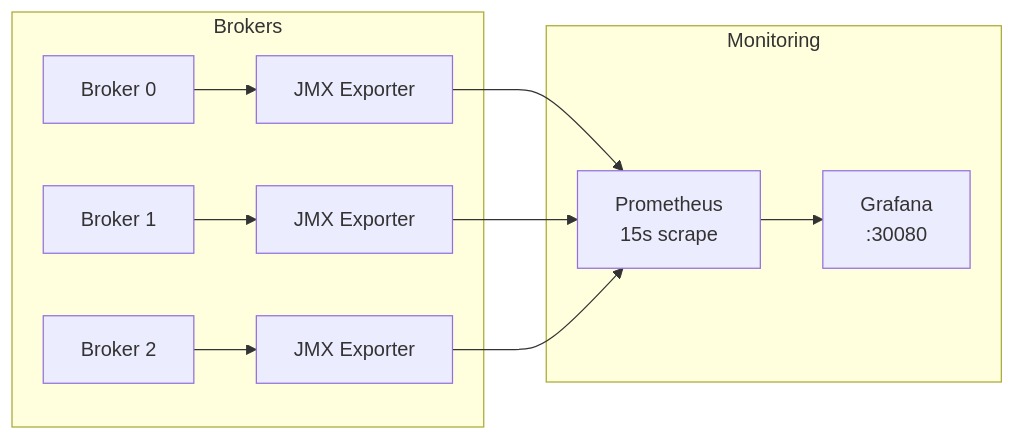
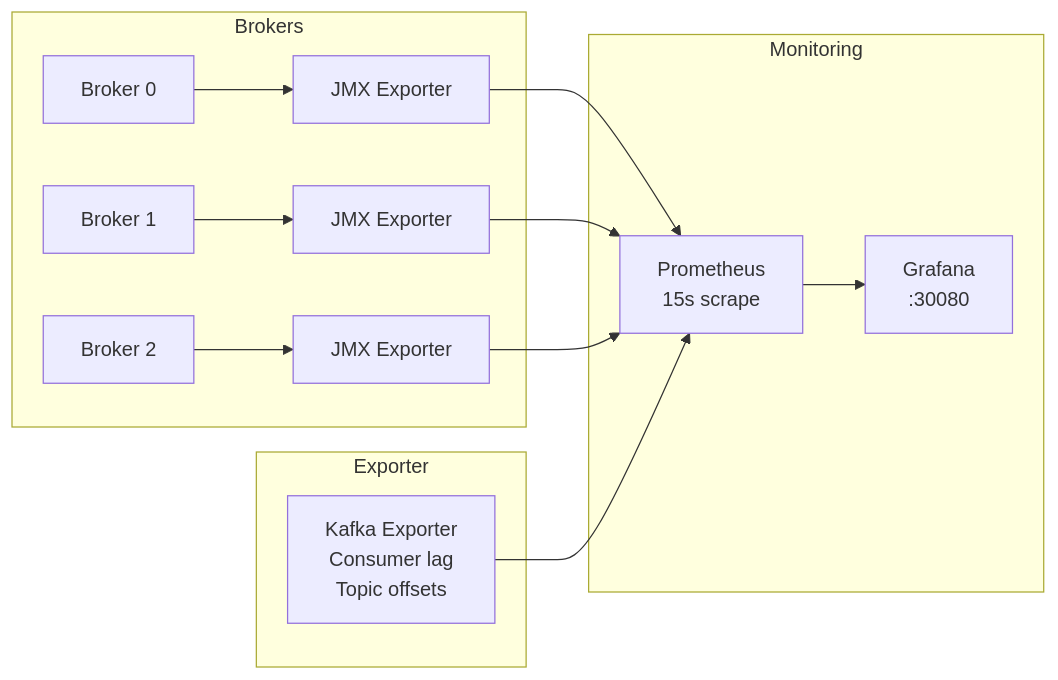
One commit to actions-marketplace-validations/bmscomp_kates changed the third of 3 diagrams in docs/book/03-cluster.md. Above: the diagram before and after it, drawn with Mermaid. The commit also changed other lines of this file and 9 other files, not shown here.

````diff
--- a/docs/book/03-cluster.md
+++ b/docs/book/03-cluster.md
@@ -100,15 +129,20 @@
 ```mermaid
 graph LR
     subgraph Brokers
         B1[Broker 0] --> JMX1[JMX Exporter]
         B2[Broker 1] --> JMX2[JMX Exporter]
         B3[Broker 2] --> JMX3[JMX Exporter]
     end
-    
+
+    subgraph Exporter
+        KE[Kafka Exporter<br/>Consumer lag<br/>Topic offsets]
+    end
+
     subgraph Monitoring
         JMX1 --> PROM[Prometheus<br/>15s scrape]
         JMX2 --> PROM
         JMX3 --> PROM
+        KE --> PROM
         PROM --> GRAF[Grafana<br/>:30080]
     end
 ```
````
